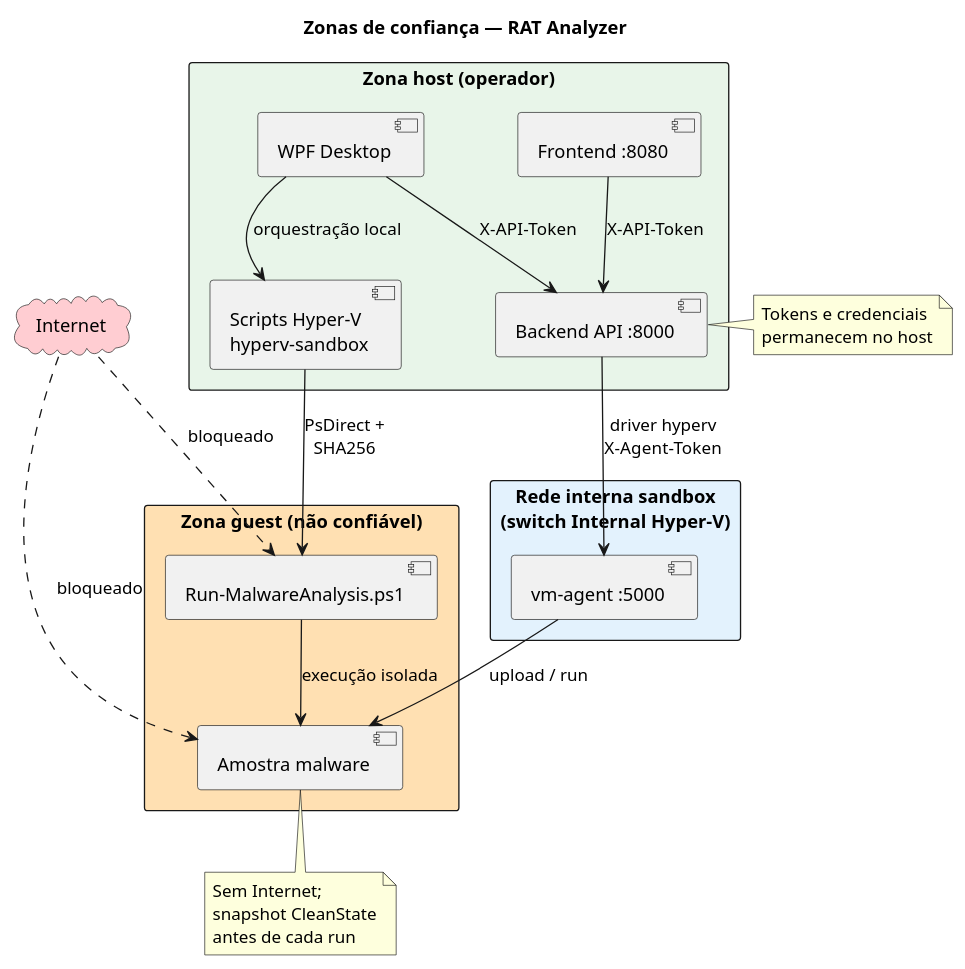
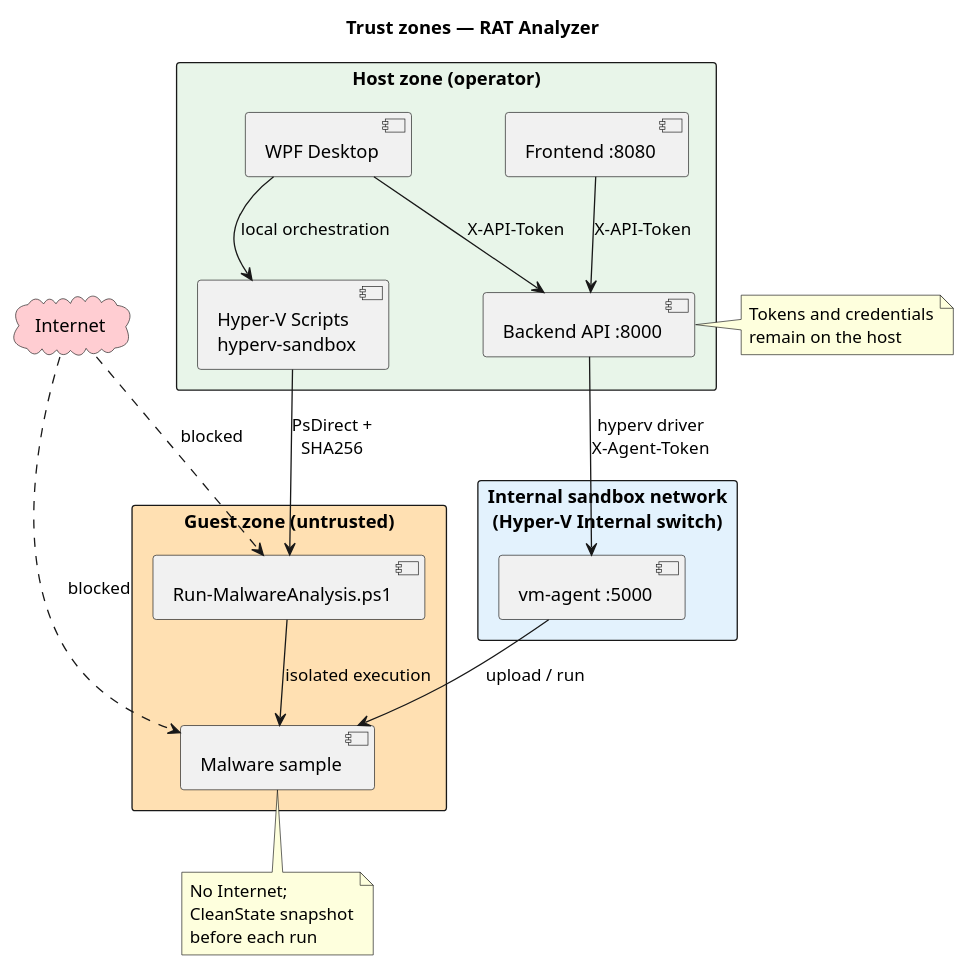
One commit to tlxp/PROJETO changed the diagram in docs/diagrams/security-trust-zones.puml. Above: the diagram before and after it, drawn with PlantUML. The commit also changed other lines of this file and 43 other files, not shown here.

```diff
--- a/docs/diagrams/security-trust-zones.puml
+++ b/docs/diagrams/security-trust-zones.puml
@@ -2,48 +2,48 @@
 @startuml
-title Zonas de confiança — RAT Analyzer
+title Trust zones — RAT Analyzer
 skinparam shadowing false
 skinparam packageStyle rectangle
 
 cloud "Internet" as NET #FFCDD2
 
-package "Zona host (operador)" #E8F5E9 {
+package "Host zone (operator)" #E8F5E9 {
   [Frontend :8080] as WEB
   [Backend API :8000] as API
   [WPF Desktop] as WPF
-  [Scripts Hyper-V\nhyperv-sandbox] as PS
+  [Hyper-V Scripts\nhyperv-sandbox] as PS
 }
 
-package "Rede interna sandbox\n(switch Internal Hyper-V)" #E3F2FD {
+package "Internal sandbox network\n(Hyper-V Internal switch)" #E3F2FD {
   [vm-agent :5000] as VMA
 }
 
-package "Zona guest (não confiável)" #FFE0B2 {
-  [Amostra malware] as SAMPLE
+package "Guest zone (untrusted)" #FFE0B2 {
+  [Malware sample] as SAMPLE
   [Run-MalwareAnalysis.ps1] as VMPS
 }
 
-' *Autenticação por token entre camadas*
+' *Token authentication between layers*
 WEB --> API : X-API-Token
 WPF --> API : X-API-Token
-WPF --> PS : orquestração local
-API --> VMA : driver hyperv\nX-Agent-Token
+WPF --> PS : local orchestration
+API --> VMA : hyperv driver\nX-Agent-Token
 PS --> VMPS : PsDirect +\nSHA256
 VMA --> SAMPLE : upload / run
-VMPS --> SAMPLE : execução isolada
+VMPS --> SAMPLE : isolated execution
 
-' *Guest sem acesso à Internet*
-NET ..> SAMPLE : bloqueado
-NET ..> VMPS : bloqueado
+' *Guest has no Internet access*
+NET ..> SAMPLE : blocked
+NET ..> VMPS : blocked
 
 note right of API
-  Tokens e credenciais
-  permanecem no host
+  Tokens and credentials
+  remain on the host
 end note
 
 note bottom of SAMPLE
-  Sem Internet;
-  snapshot CleanState
-  antes de cada run
+  No Internet;
+  CleanState snapshot
+  before each run
 end note
 
 @enduml
```
